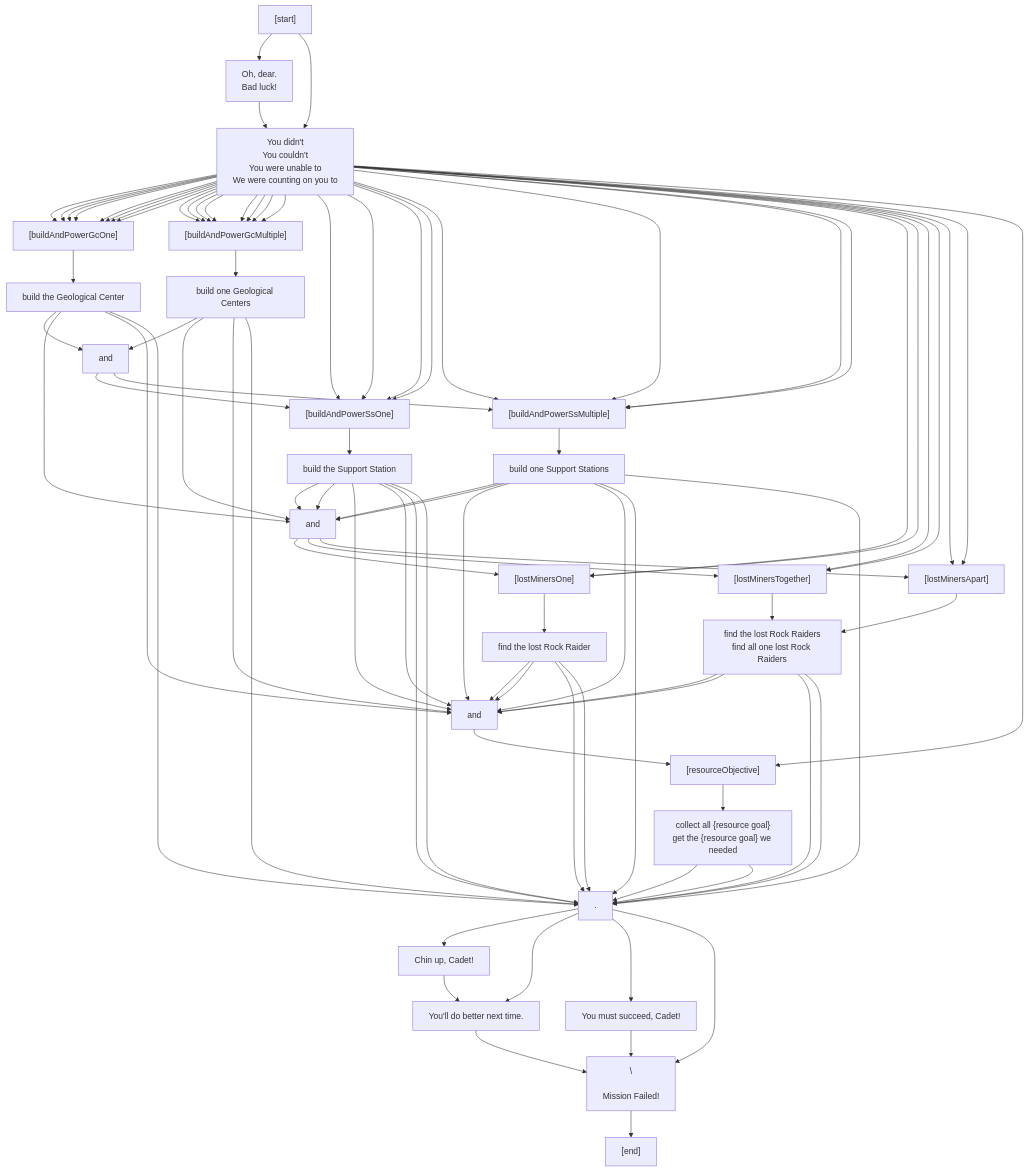
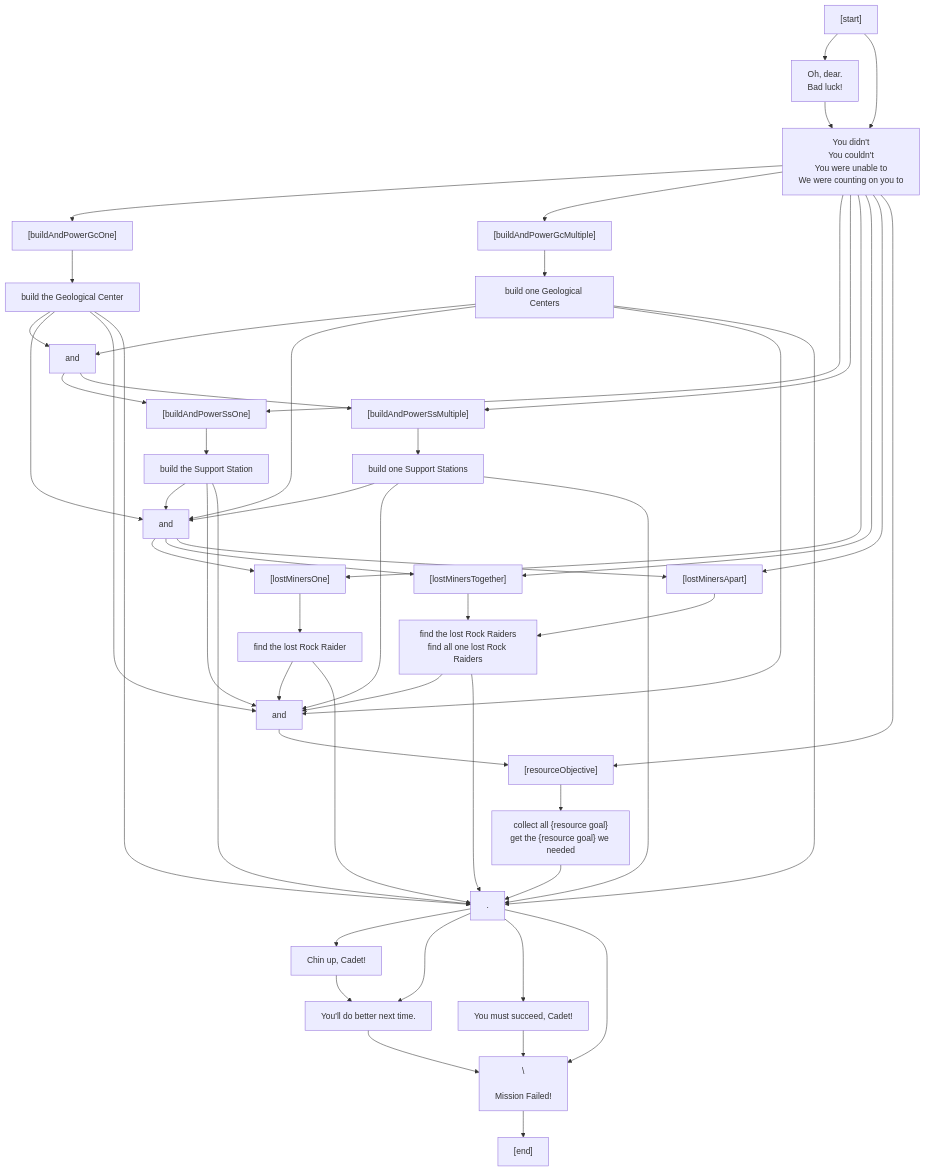
The first of 2 diagrams in src/core/lore/graphs/conclusions.md (charredUtensil/groundhog), drawn with Mermaid before and after one commit. The commit also changed other lines of this file and 4 other files, not shown here.

Commit message:
clean up mermaid

```diff
--- a/src/core/lore/graphs/conclusions.md
+++ b/src/core/lore/graphs/conclusions.md
@@ -9,34 +9,11 @@
 P1 --> P2
 P2["You didn't<br/>You couldn't<br/>You were unable to<br/>We were counting on you to"]
 P2 --> P3
-P2 --> P3
-P2 --> P3
-P2 --> P3
-P2 --> P3
-P2 --> P3
-P2 --> P3
-P2 --> P3
-P2 --> P5
-P2 --> P5
-P2 --> P5
-P2 --> P5
-P2 --> P5
-P2 --> P5
-P2 --> P5
 P2 --> P5
 P2 --> P8
-P2 --> P8
-P2 --> P8
-P2 --> P8
-P2 --> P10
-P2 --> P10
-P2 --> P10
 P2 --> P10
 P2 --> P13
-P2 --> P13
 P2 --> P15
-P2 --> P15
-P2 --> P16
 P2 --> P16
 P2 --> P19
 P3["[buildAndPowerGcOne]"]
@@ -60,19 +37,13 @@
 P8 --> P9
 P9["build the Support Station"]
 P9 --> P12
-P9 --> P12
 P9 --> P18
-P9 --> P18
-P9 --> P21
 P9 --> P21
 P10["[buildAndPowerSsMultiple]"]
 P10 --> P11
 P11["build one Support Stations"]
 P11 --> P12
-P11 --> P12
 P11 --> P18
-P11 --> P18
-P11 --> P21
 P11 --> P21
 P12["and"]
 P12 --> P13
@@ -82,8 +53,6 @@
 P13 --> P14
 P14["find the lost Rock Raider"]
 P14 --> P18
-P14 --> P18
-P14 --> P21
 P14 --> P21
 P15["[lostMinersTogether]"]
 P15 --> P17
@@ -91,15 +60,12 @@
 P16 --> P17
 P17["find the lost Rock Raiders<br/>find all one lost Rock Raiders"]
 P17 --> P18
-P17 --> P18
-P17 --> P21
 P17 --> P21
 P18["and"]
 P18 --> P19
 P19["[resourceObjective]"]
 P19 --> P20
 P20["collect all {resource goal}<br/>get the {resource goal} we needed"]
-P20 --> P21
 P20 --> P21
 P21["."]
 P21 --> P22
```
